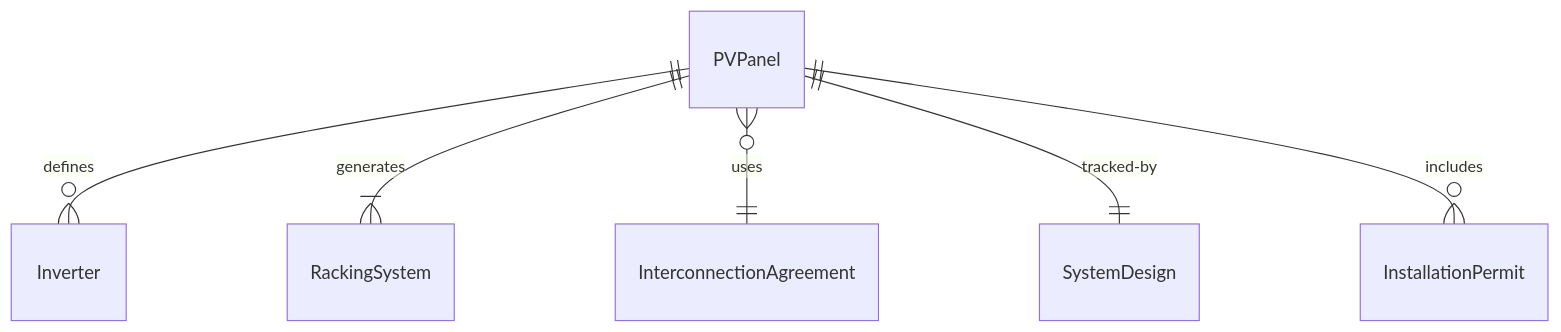
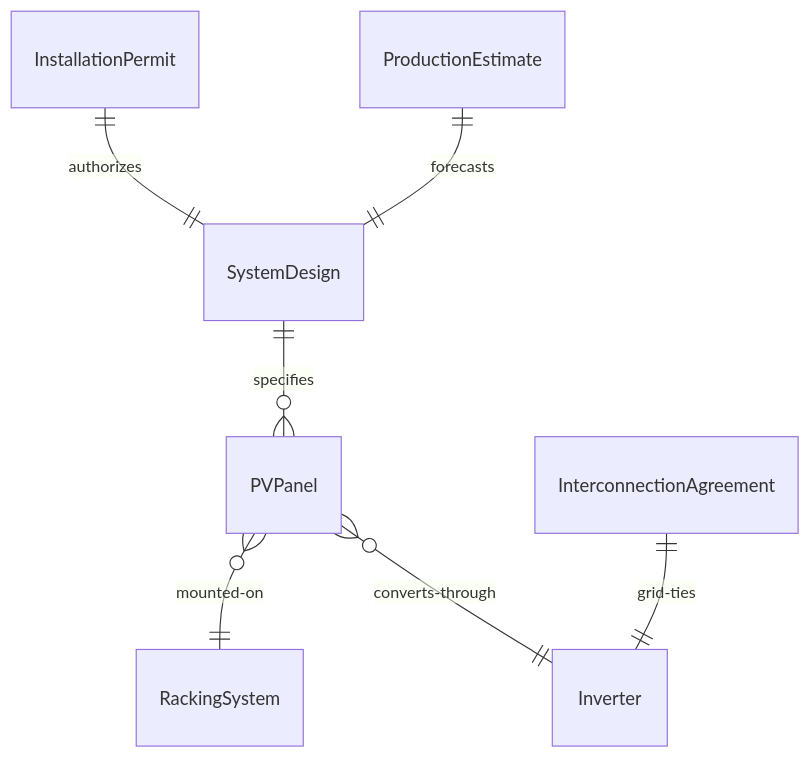
Before and after one commit to dot-org-ai/tasks.org.ai: the first of 4 diagrams in HandlingAndMovingObjects/InstallEnergyOrHeatingEquipment/InstallSolarEnergySystems.mdx, drawn with Mermaid. The commit also changed other lines of this file and 515 other files, not shown here.

````diff
--- a/HandlingAndMovingObjects/InstallEnergyOrHeatingEquipment/InstallSolarEnergySystems.mdx
+++ b/HandlingAndMovingObjects/InstallEnergyOrHeatingEquipment/InstallSolarEnergySystems.mdx
@@ -90,8 +90,9 @@
 ```mermaid
 erDiagram
-    PVPanel ||--o{ Inverter : "defines"
-    PVPanel ||--|{ RackingSystem : "generates"
-    PVPanel }o--|| InterconnectionAgreement : "uses"
-    PVPanel ||--|| SystemDesign : "tracked-by"
-    PVPanel ||--o{ InstallationPermit : "includes"
+    SystemDesign ||--o{ PVPanel : "specifies"
+    PVPanel }o--|| RackingSystem : "mounted-on"
+    PVPanel }o--|| Inverter : "converts-through"
+    InstallationPermit ||--|| SystemDesign : "authorizes"
+    InterconnectionAgreement ||--|| Inverter : "grid-ties"
+    ProductionEstimate ||--|| SystemDesign : "forecasts"
 ```
````
